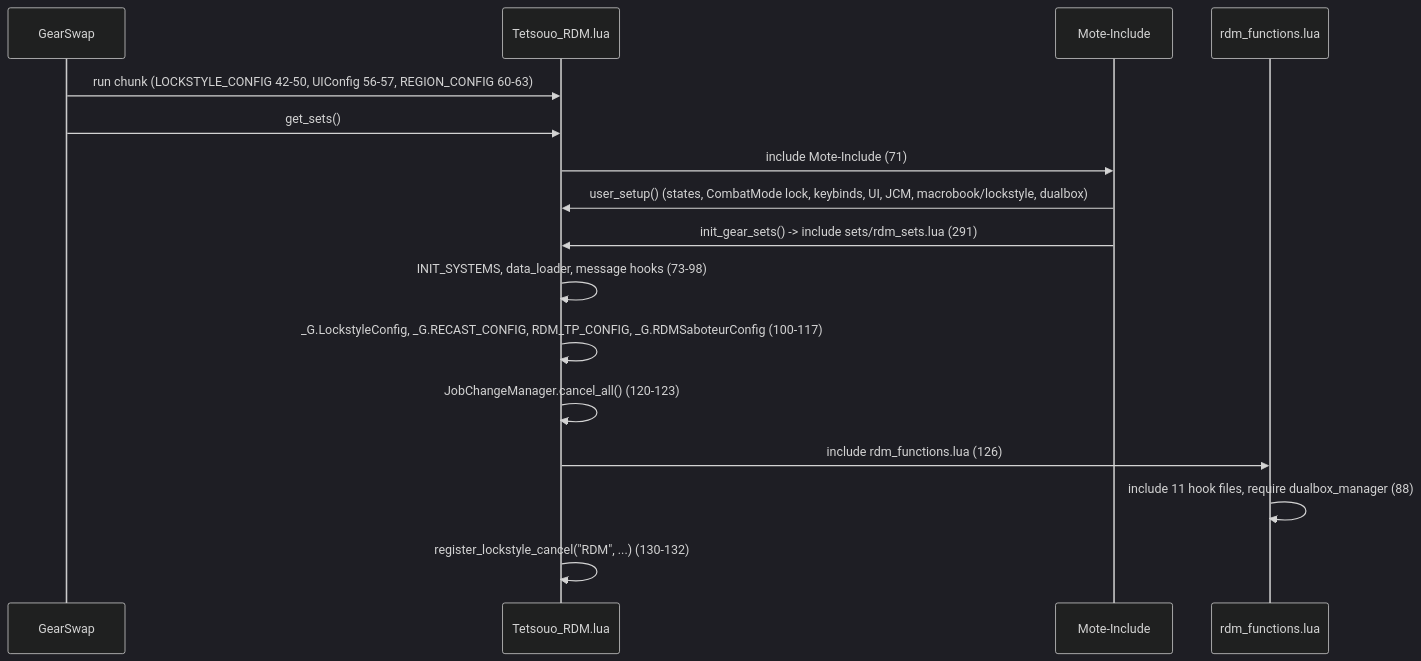
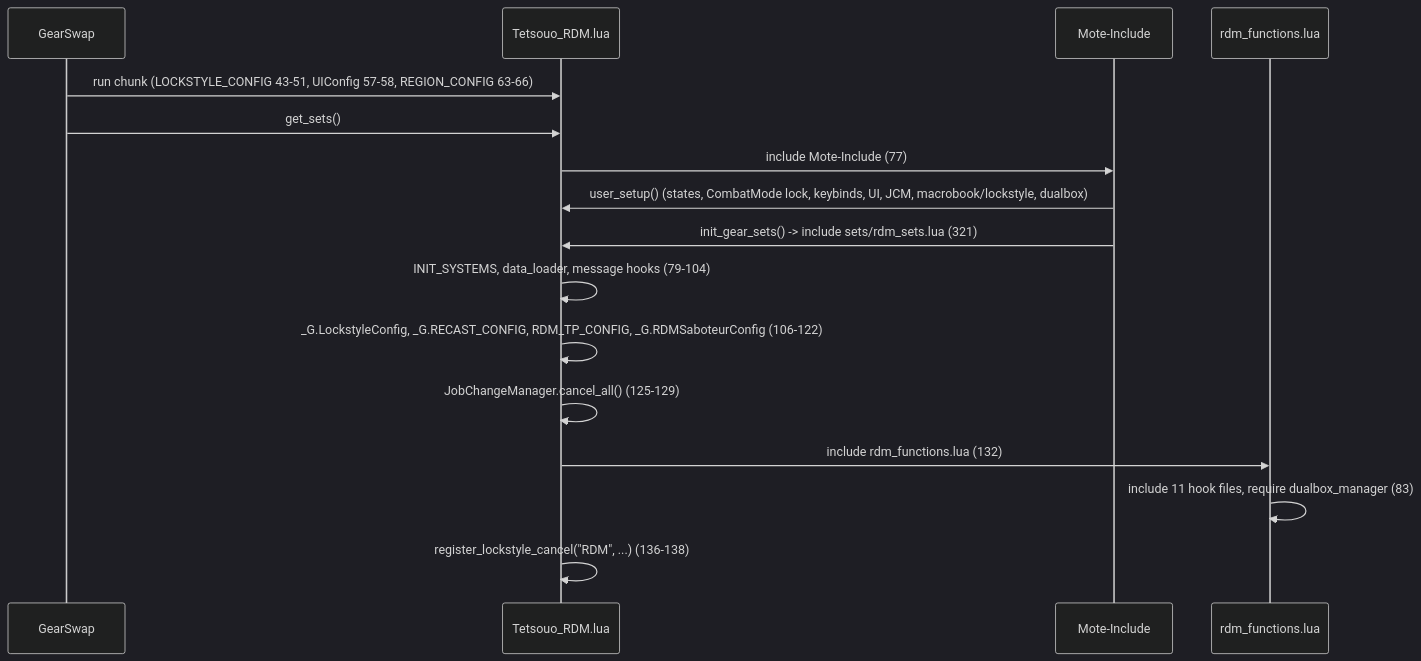
Before and after one commit to ejouanchicot/Gearswap: the first of 2 diagrams in docs/dev/jobs/rdm.md, drawn with Mermaid (dark theme). The commit also changed other lines of this file and 81 other files, not shown here.

````diff
--- a/docs/dev/jobs/rdm.md
+++ b/docs/dev/jobs/rdm.md
@@ -91,18 +89,18 @@
 ```mermaid
 sequenceDiagram
     participant GS as GearSwap
     participant E as Tetsouo_RDM.lua
     participant M as Mote-Include
     participant F as rdm_functions.lua
-    GS->>E: run chunk (LOCKSTYLE_CONFIG 42-50, UIConfig 56-57, REGION_CONFIG 60-63)
+    GS->>E: run chunk (LOCKSTYLE_CONFIG 43-51, UIConfig 57-58, REGION_CONFIG 63-66)
     GS->>E: get_sets()
-    E->>M: include Mote-Include (71)
+    E->>M: include Mote-Include (77)
     M->>E: user_setup() (states, CombatMode lock, keybinds, UI, JCM, macrobook/lockstyle, dualbox)
-    M->>E: init_gear_sets() -> include sets/rdm_sets.lua (291)
-    E->>E: INIT_SYSTEMS, data_loader, message hooks (73-98)
-    E->>E: _G.LockstyleConfig, _G.RECAST_CONFIG, RDM_TP_CONFIG, _G.RDMSaboteurConfig (100-117)
-    E->>E: JobChangeManager.cancel_all() (120-123)
-    E->>F: include rdm_functions.lua (126)
-    F->>F: include 11 hook files, require dualbox_manager (88)
-    E->>E: register_lockstyle_cancel("RDM", ...) (130-132)
+    M->>E: init_gear_sets() -> include sets/rdm_sets.lua (321)
+    E->>E: INIT_SYSTEMS, data_loader, message hooks (79-104)
+    E->>E: _G.LockstyleConfig, _G.RECAST_CONFIG, RDM_TP_CONFIG, _G.RDMSaboteurConfig (106-122)
+    E->>E: JobChangeManager.cancel_all() (125-129)
+    E->>F: include rdm_functions.lua (132)
+    F->>F: include 11 hook files, require dualbox_manager (83)
+    E->>E: register_lockstyle_cancel("RDM", ...) (136-138)
 ```
````
